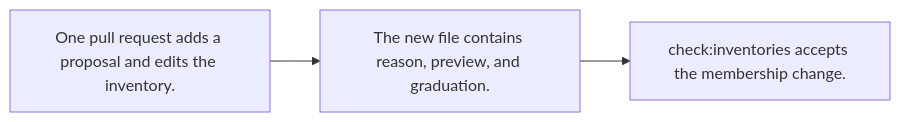
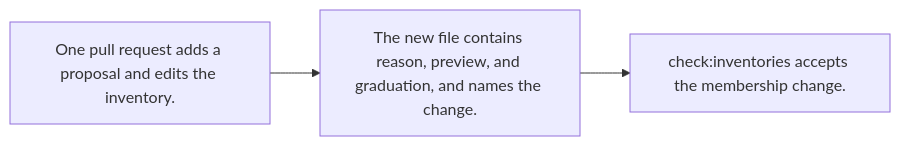
The seventh of 7 diagrams in packages/harness/docs/how-it-works.md (tounsoo/agent-design-loop), drawn with Mermaid before and after one commit. The commit also changed other lines of this file and 66 other files, not shown here.

````diff
--- a/packages/harness/docs/how-it-works.md
+++ b/packages/harness/docs/how-it-works.md
@@ -280,7 +303,7 @@
 ```mermaid
 flowchart LR
   same["One pull request adds a proposal and edits the inventory."]
-  keywords["The new file contains reason, preview, and graduation."]
+  keywords["The new file contains reason, preview, and graduation, and names the change."]
   accept["check:inventories accepts the membership change."]
   same --> keywords --> accept
 ```
````
